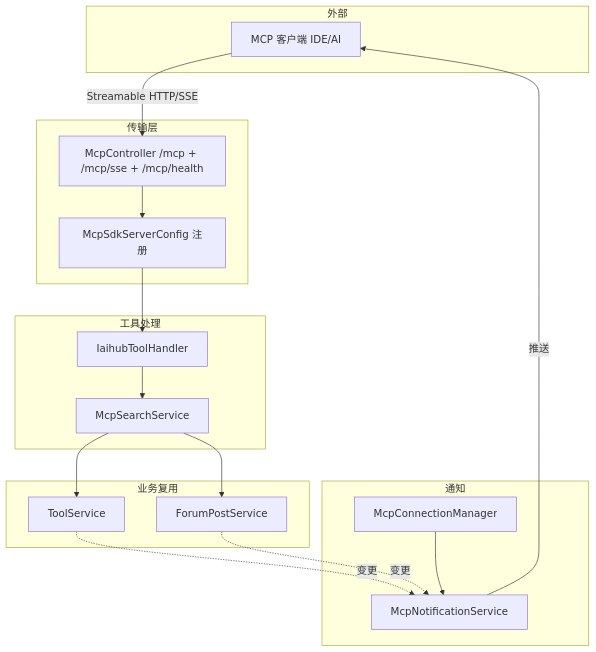
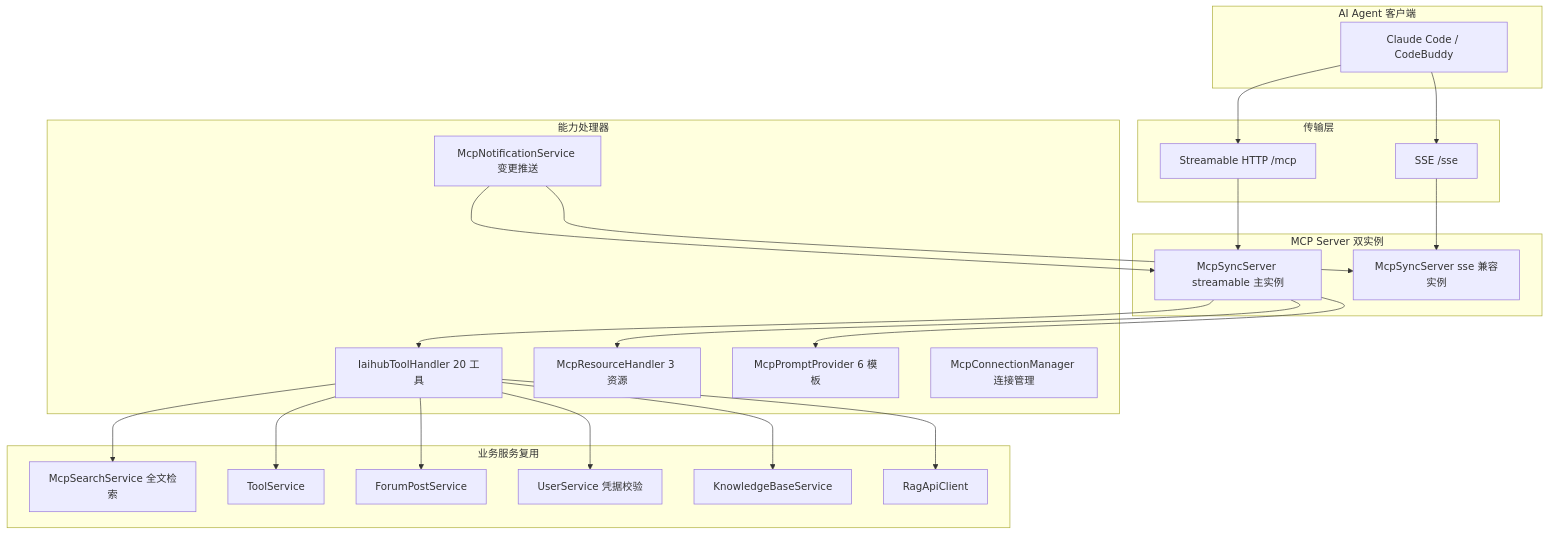
The first of 2 diagrams in repowiki/wiki/modules/MCP服务.md (mambo-wang/CodingHub), drawn with Mermaid before and after one commit. The commit also changed other lines of this file and 59 other files, not shown here.

````diff
--- a/repowiki/wiki/modules/MCP服务.md
+++ b/repowiki/wiki/modules/MCP服务.md
@@ -25,32 +19,44 @@
 ```mermaid
 graph TD
-    subgraph "外部"
-        CLI[MCP 客户端 IDE/AI]
+    subgraph "AI Agent 客户端"
+        Agent[Claude Code / CodeBuddy]
     end
     subgraph "传输层"
-        MC[McpController /mcp + /mcp/sse + /mcp/health]
-        CFG[McpSdkServerConfig 注册]
+        StreamT[Streamable HTTP /mcp]
+        SseT[SSE /sse]
     end
-    subgraph "工具处理"
-        IH[IaihubToolHandler]
-        SS[McpSearchService]
+    subgraph "MCP Server 双实例"
+        SrvA[McpSyncServer streamable 主实例]
+        SrvB[McpSyncServer sse 兼容实例]
     end
-    subgraph "通知"
-        MN[McpNotificationService]
-        CM[McpConnectionManager]
+    subgraph "能力处理器"
+        ToolH[IaihubToolHandler 20 工具]
+        ResH[McpResourceHandler 3 资源]
+        PromptH[McpPromptProvider 6 模板]
+        NotifyS[McpNotificationService 变更推送]
+        ConnM[McpConnectionManager 连接管理]
     end
-    subgraph "业务复用"
-        TS[ToolService]
-        FPS[ForumPostService]
+    subgraph "业务服务复用"
+        SearchS[McpSearchService 全文检索]
+        ToolS[ToolService]
+        PostS[ForumPostService]
+        UserS[UserService 凭据校验]
+        KbS[KnowledgeBaseService]
+        RagC[RagApiClient]
     end
-    CLI -->|Streamable HTTP/SSE| MC
-    MC --> CFG
-    CFG --> IH
-    IH --> SS
-    SS --> TS
-    SS --> FPS
-    CM --> MN
-    TS -.变更.-> MN
-    FPS -.变更.-> MN
-    MN -->|推送| CLI
+    Agent --> StreamT
+    Agent --> SseT
+    StreamT --> SrvA
+    SseT --> SrvB
+    SrvA --> ToolH
+    SrvA --> ResH
+    SrvA --> PromptH
+    ToolH --> SearchS
+    ToolH --> ToolS
+    ToolH --> PostS
+    ToolH --> UserS
+    ToolH --> KbS
+    ToolH --> RagC
+    NotifyS --> SrvA
+    NotifyS --> SrvB
 ```
````
